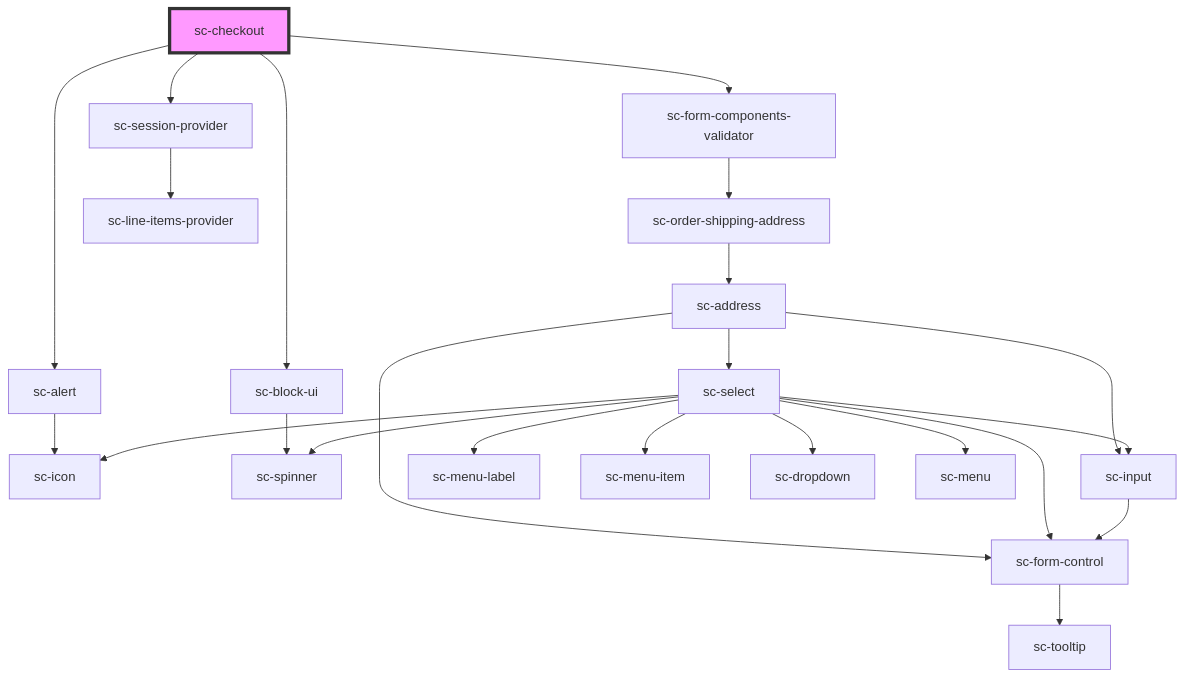
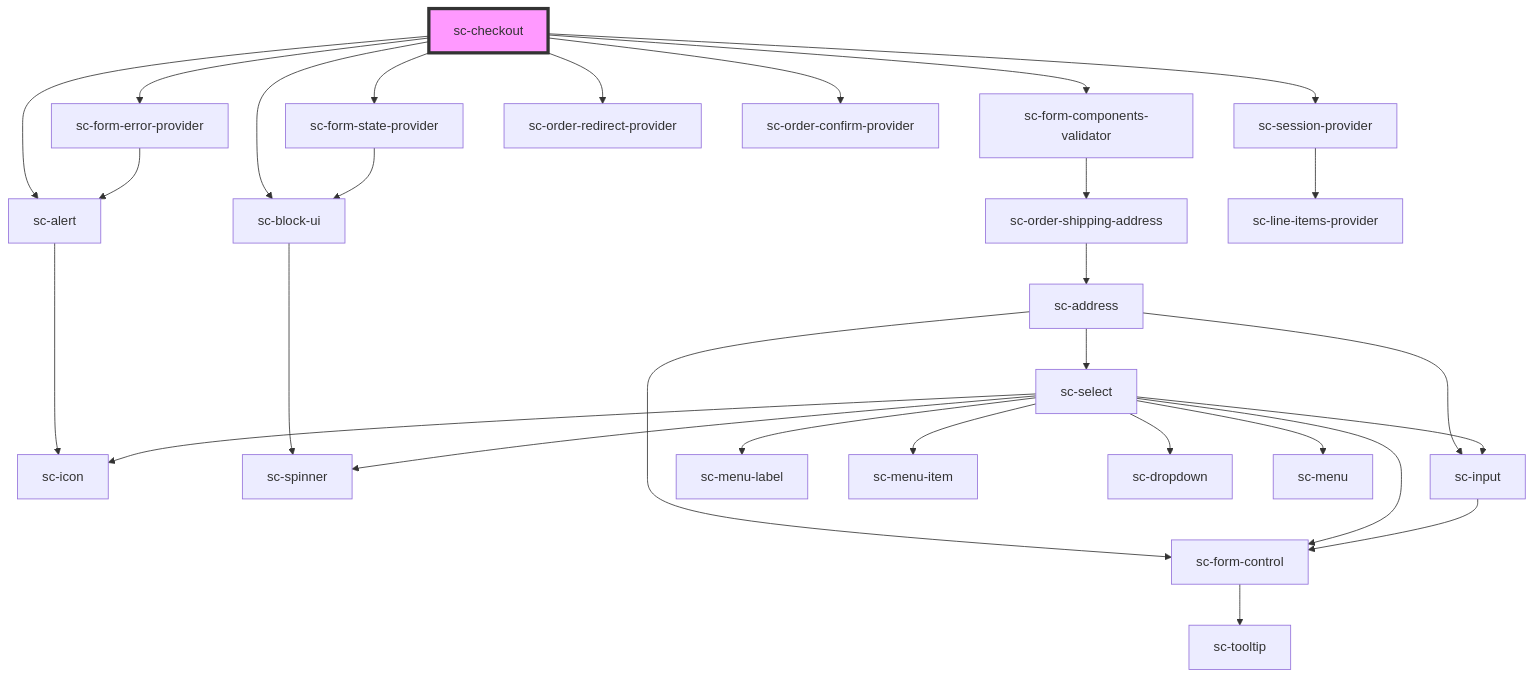
The diagram in packages/components/src/components/controllers/checkout-form/checkout/readme.md (surecart/surecart-wp-plugin), drawn with Mermaid before and after one commit. The commit also changed other lines of this file and 14 other files, not shown here.

````diff
--- a/packages/components/src/components/controllers/checkout-form/checkout/readme.md
+++ b/packages/components/src/components/controllers/checkout-form/checkout/readme.md
@@ -72,26 +75,32 @@
 ```mermaid
 graph TD;
   sc-checkout --> sc-alert
-  sc-checkout --> sc-block-ui
+  sc-checkout --> sc-form-state-provider
+  sc-checkout --> sc-form-error-provider
   sc-checkout --> sc-form-components-validator
   sc-checkout --> sc-session-provider
+  sc-checkout --> sc-order-redirect-provider
+  sc-checkout --> sc-order-confirm-provider
+  sc-checkout --> sc-block-ui
   sc-alert --> sc-icon
+  sc-form-state-provider --> sc-block-ui
   sc-block-ui --> sc-spinner
+  sc-form-error-provider --> sc-alert
   sc-form-components-validator --> sc-order-shipping-address
   sc-order-shipping-address --> sc-address
   sc-address --> sc-form-control
   sc-address --> sc-select
   sc-address --> sc-input
   sc-form-control --> sc-tooltip
   sc-select --> sc-menu-label
   sc-select --> sc-menu-item
   sc-select --> sc-form-control
   sc-select --> sc-dropdown
   sc-select --> sc-icon
   sc-select --> sc-input
   sc-select --> sc-spinner
   sc-select --> sc-menu
   sc-input --> sc-form-control
   sc-session-provider --> sc-line-items-provider
   style sc-checkout fill:#f9f,stroke:#333,stroke-width:4px
 ```
````
